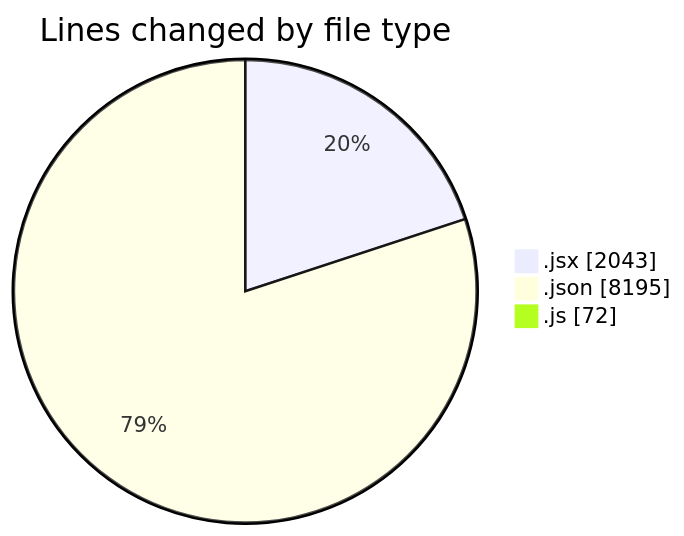
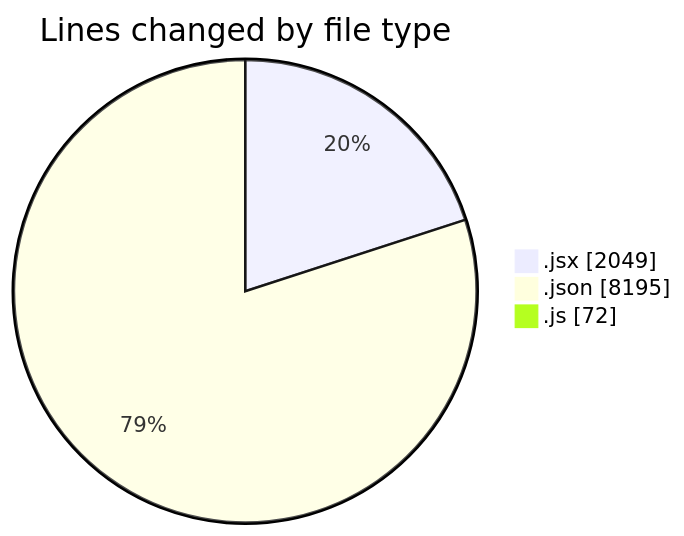
The first of 2 diagrams in 2025-12-23/nxtqube_webapp/README.md (nxtqubesakshisongat/code-tracking), drawn with Mermaid before and after one commit. The commit also changed other lines of this file and 1 other file, not shown here.

````diff
--- a/2025-12-23/nxtqube_webapp/README.md
+++ b/2025-12-23/nxtqube_webapp/README.md
@@ -23,7 +23,7 @@
 ```mermaid
 pie showData
 title Lines changed by file type
-".jsx" : 2043
+".jsx" : 2049
 ".json" : 8195
 ".js" : 72
 ```
````
